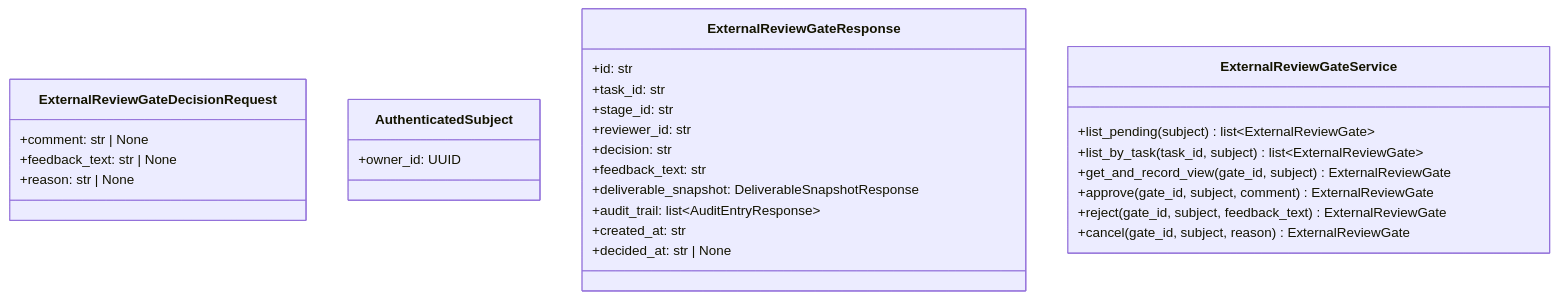
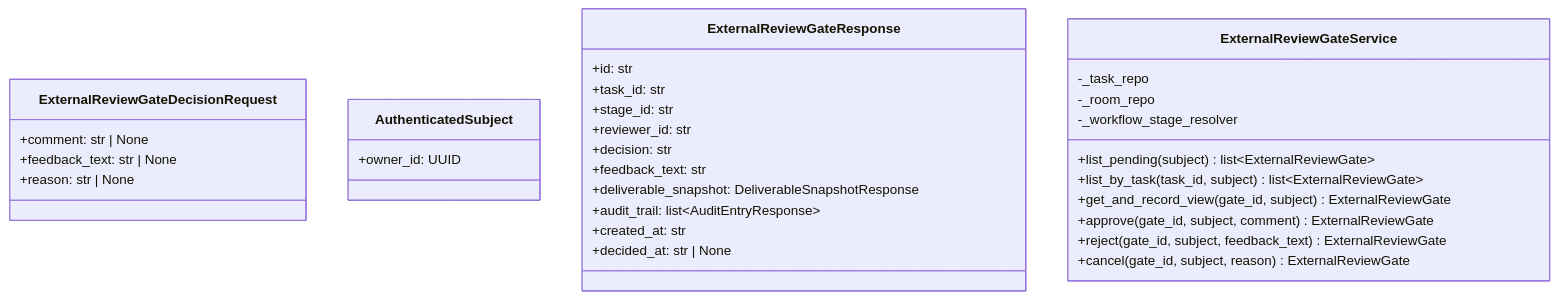
The diagram in docs/features/external-review-gate/http-api/detailed-design.md (bakufu-dev/bakufu), drawn with Mermaid before and after one commit. The commit also changed other lines of this file and 2 other files, not shown here.

````diff
--- a/docs/features/external-review-gate/http-api/detailed-design.md
+++ b/docs/features/external-review-gate/http-api/detailed-design.md
@@ -19,31 +19,34 @@
 ```mermaid
 classDiagram
     class ExternalReviewGateDecisionRequest {
         +comment: str | None
         +feedback_text: str | None
         +reason: str | None
     }
     class AuthenticatedSubject {
         +owner_id: UUID
     }
     class ExternalReviewGateResponse {
         +id: str
         +task_id: str
         +stage_id: str
         +reviewer_id: str
         +decision: str
         +feedback_text: str
         +deliverable_snapshot: DeliverableSnapshotResponse
         +audit_trail: list~AuditEntryResponse~
         +created_at: str
         +decided_at: str | None
     }
     class ExternalReviewGateService {
+        -_task_repo
+        -_room_repo
+        -_workflow_stage_resolver
         +list_pending(subject) list~ExternalReviewGate~
         +list_by_task(task_id, subject) list~ExternalReviewGate~
         +get_and_record_view(gate_id, subject) ExternalReviewGate
         +approve(gate_id, subject, comment) ExternalReviewGate
         +reject(gate_id, subject, feedback_text) ExternalReviewGate
         +cancel(gate_id, subject, reason) ExternalReviewGate
     }
 ```
````
